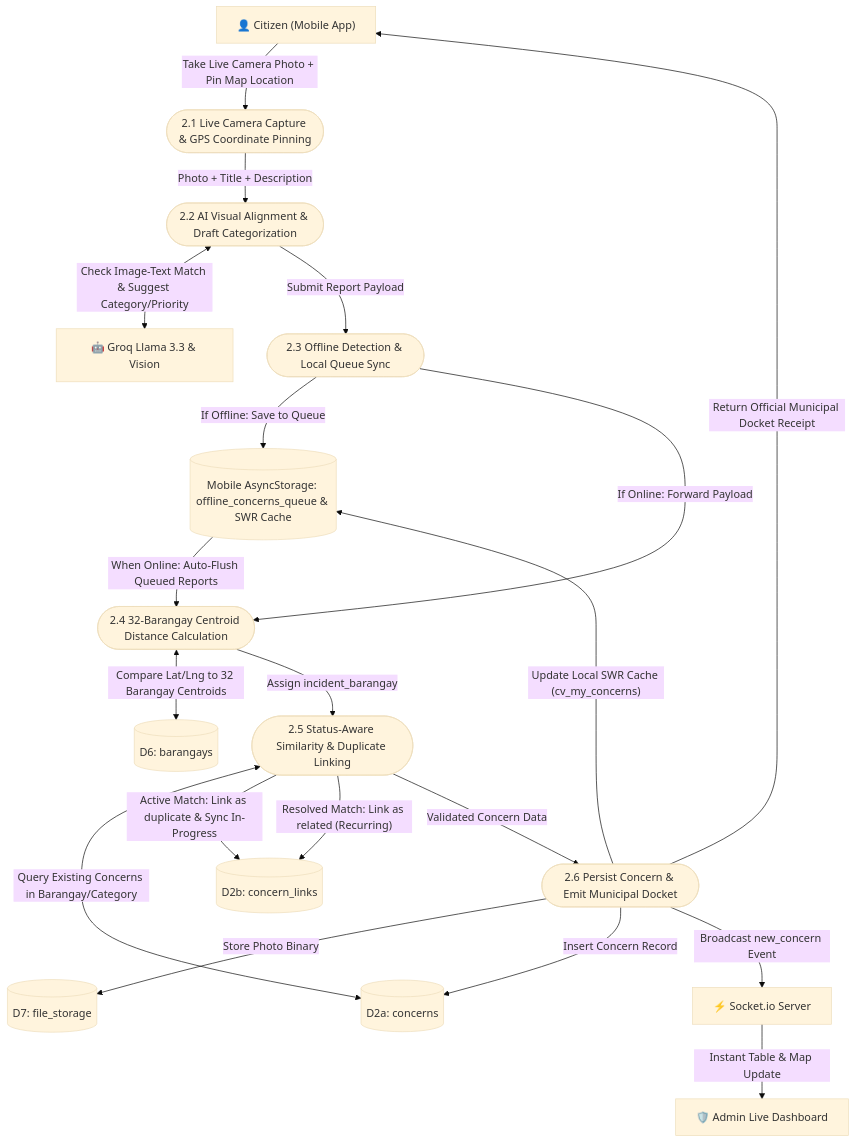
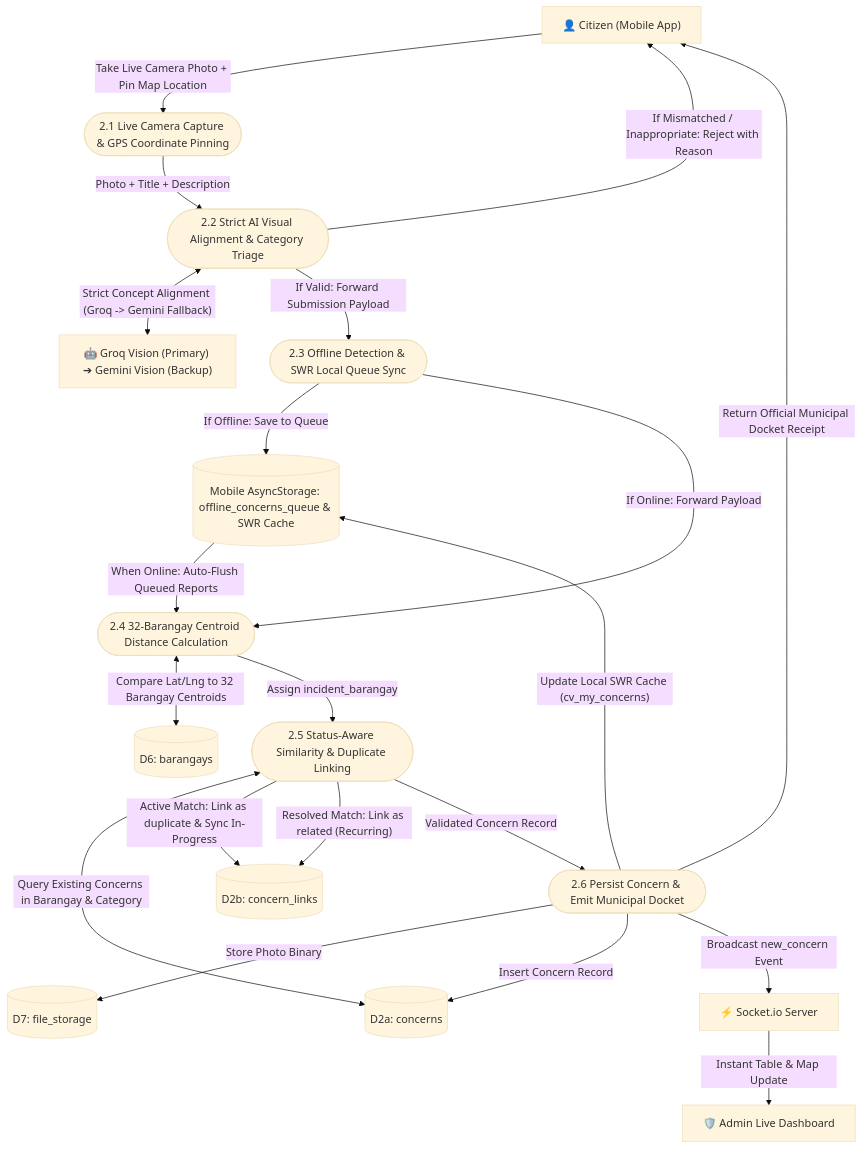
Before and after one commit to palingubaerwin029-ai/citivoice: the fifth of 7 diagrams in ERD_AND_DFD.md, drawn with Mermaid (base theme). The commit also changed other lines of this file and 1 other file, not shown here.

Commit message:
docs: rewrite README, ERD, and DFD to reflect 11-table schema, multi-AI failover, and citizen edit workflows

````diff
--- a/ERD_AND_DFD.md
+++ b/ERD_AND_DFD.md
@@ -391,44 +427,45 @@
 ```mermaid
 flowchart TD
     Citizen["👤 Citizen (Mobile App)"]
-    GroqAI["🤖 Groq Llama 3.3 & Vision"]
+    AI["🤖 Groq Vision (Primary) ➔ Gemini Vision (Backup)"]
     Socket["⚡ Socket.io Server"]
     AdminUI["🛡️ Admin Live Dashboard"]
 
     P2_1(["2.1 Live Camera Capture & GPS Coordinate Pinning"])
-    P2_2(["2.2 AI Visual Alignment & Draft Categorization"])
-    P2_3(["2.3 Offline Detection & Local Queue Sync"])
+    P2_2(["2.2 Strict AI Visual Alignment & Category Triage"])
+    P2_3(["2.3 Offline Detection & SWR Local Queue Sync"])
     P2_4(["2.4 32-Barangay Centroid Distance Calculation"])
     P2_5(["2.5 Status-Aware Similarity & Duplicate Linking"])
     P2_6(["2.6 Persist Concern & Emit Municipal Docket"])
 
     D_Async[("Mobile AsyncStorage: offline_concerns_queue & SWR Cache")]
     D_Barangays[("D6: barangays")]
     D_Files[("D7: file_storage")]
     D_Concerns[("D2a: concerns")]
     D_Links[("D2b: concern_links")]
 
     Citizen -->|"Take Live Camera Photo + Pin Map Location"| P2_1
     P2_1 -->|"Photo + Title + Description"| P2_2
-    P2_2 <-->|"Check Image-Text Match & Suggest Category/Priority"| GroqAI
+    P2_2 <-->|"Strict Concept Alignment (Groq -> Gemini Fallback)"| AI
+    P2_2 -->|"If Mismatched / Inappropriate: Reject with Reason"| Citizen
 
-    P2_2 -->|"Submit Report Payload"| P2_3
+    P2_2 -->|"If Valid: Forward Submission Payload"| P2_3
     P2_3 -->|"If Offline: Save to Queue"| D_Async
     D_Async -->|"When Online: Auto-Flush Queued Reports"| P2_4
     P2_3 -->|"If Online: Forward Payload"| P2_4
 
     P2_4 <-->|"Compare Lat/Lng to 32 Barangay Centroids"| D_Barangays
     P2_4 -->|"Assign incident_barangay"| P2_5
 
-    P2_5 <-->|"Query Existing Concerns in Barangay/Category"| D_Concerns
+    P2_5 <-->|"Query Existing Concerns in Barangay & Category"| D_Concerns
     P2_5 -->|"Active Match: Link as duplicate & Sync In-Progress"| D_Links
     P2_5 -->|"Resolved Match: Link as related (Recurring)"| D_Links
 
-    P2_5 -->|"Validated Concern Data"| P2_6
+    P2_5 -->|"Validated Concern Record"| P2_6
     P2_6 -->|"Store Photo Binary"| D_Files
     P2_6 -->|"Insert Concern Record"| D_Concerns
     P2_6 -->|"Update Local SWR Cache (cv_my_concerns)"| D_Async
     P2_6 -->|"Broadcast new_concern Event"| Socket
     Socket -->|"Instant Table & Map Update"| AdminUI
     P2_6 -->|"Return Official Municipal Docket Receipt"| Citizen
 ```
````
